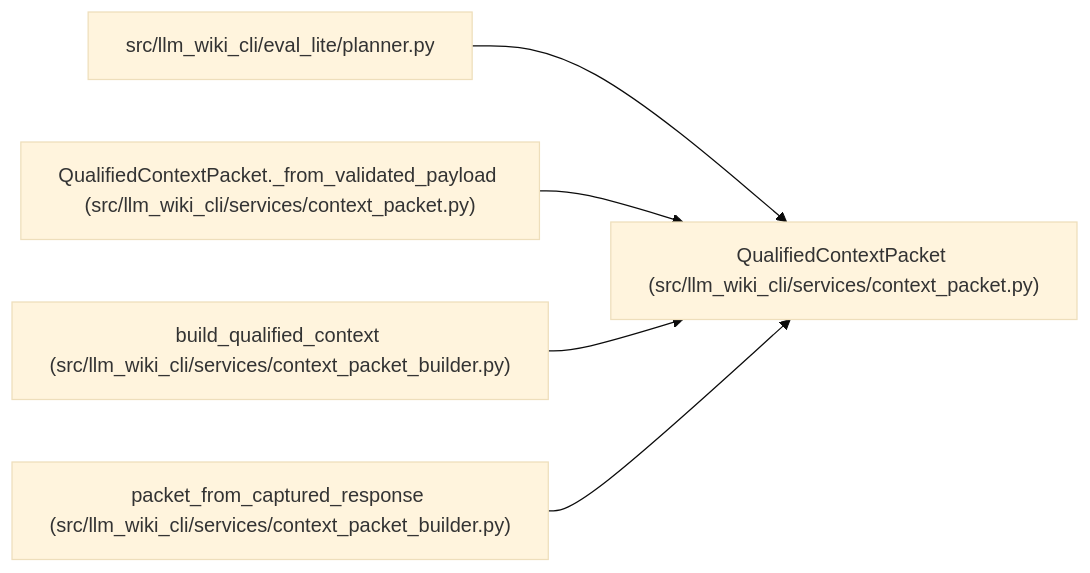
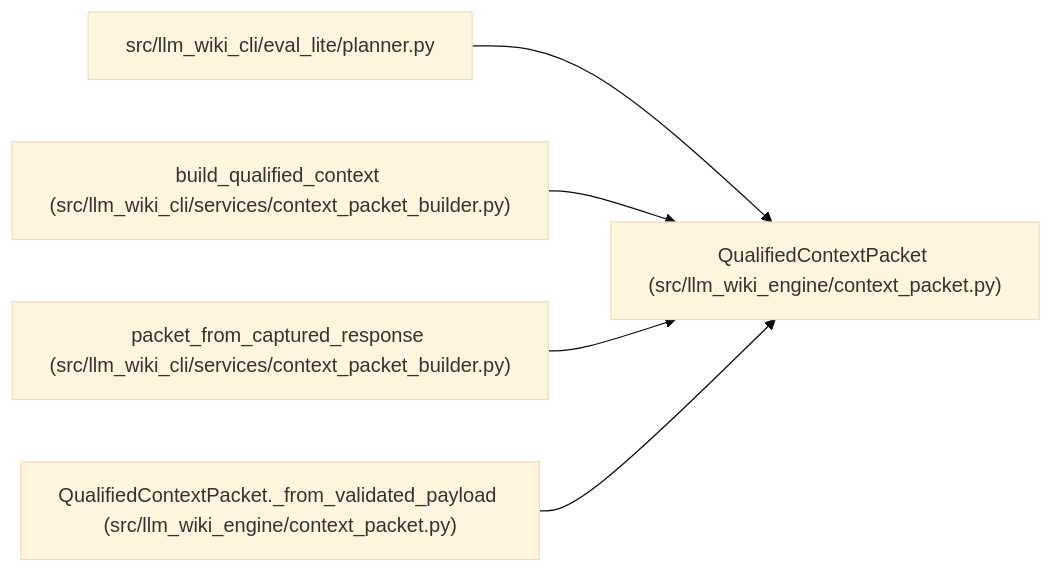
One commit to Denissvgn/python-wiki-llm changed the diagram in docs/llm_wiki/entities/QualifiedContextPacket.md. Above: the diagram before and after it, drawn with Mermaid (base theme). The commit also changed other lines of this file and 577 other files, not shown here.

Commit message:
docs: refresh the wiki for the engine context packet

````diff
--- a/docs/llm_wiki/entities/QualifiedContextPacket.md
+++ b/docs/llm_wiki/entities/QualifiedContextPacket.md
@@ -34,17 +34,17 @@
 ```mermaid
 flowchart LR
-    n0["QualifiedContextPacket (src/llm_wiki_cli/services/context_packet.py)"]
+    n0["QualifiedContextPacket (src/llm_wiki_engine/context_packet.py)"]
     n1["src/llm_wiki_cli/eval_lite/planner.py"]
-    n2["QualifiedContextPacket._from_validated_payload (src/llm_wiki_cli/services/context_packet.py)"]
-    n3["build_qualified_context (src/llm_wiki_cli/services/context_packet_builder.py)"]
-    n4["packet_from_captured_response (src/llm_wiki_cli/services/context_packet_builder.py)"]
+    n2["build_qualified_context (src/llm_wiki_cli/services/context_packet_builder.py)"]
+    n3["packet_from_captured_response (src/llm_wiki_cli/services/context_packet_builder.py)"]
+    n4["QualifiedContextPacket._from_validated_payload (src/llm_wiki_engine/context_packet.py)"]
     n1 --> n0
     n2 --> n0
     n3 --> n0
     n4 --> n0
     click n0 "../modules/context_packet.md"
     click n1 "../modules/planner.md"
-    click n2 "../modules/context_packet.md"
+    click n2 "../modules/context_packet_builder.md"
     click n3 "../modules/context_packet_builder.md"
-    click n4 "../modules/context_packet_builder.md"
+    click n4 "../modules/context_packet.md"
 ```
````
